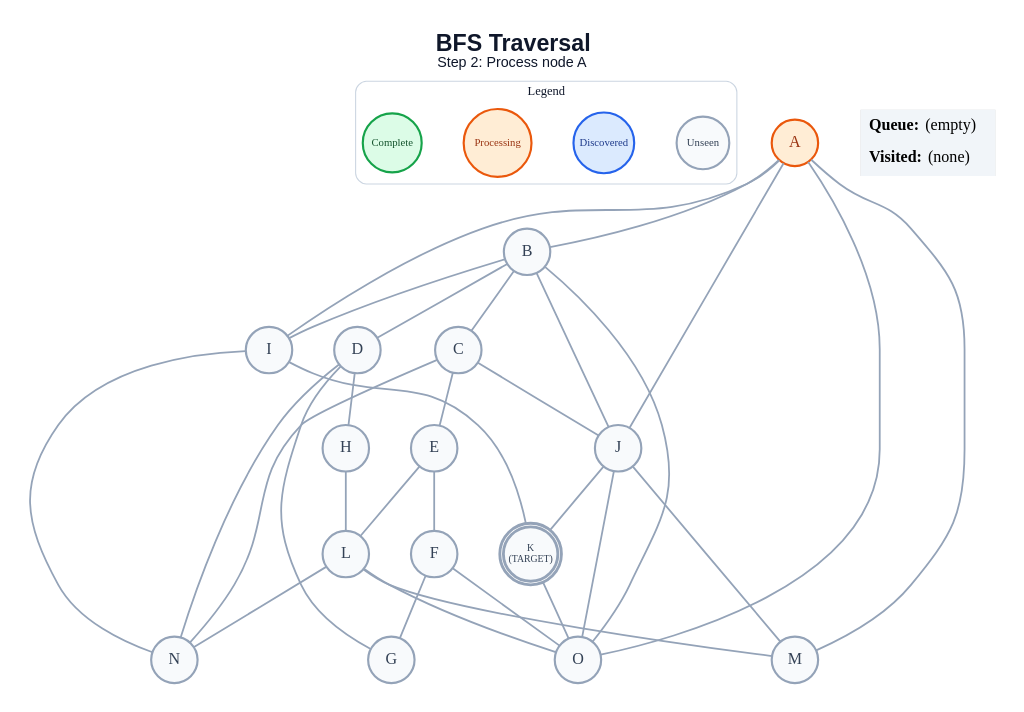
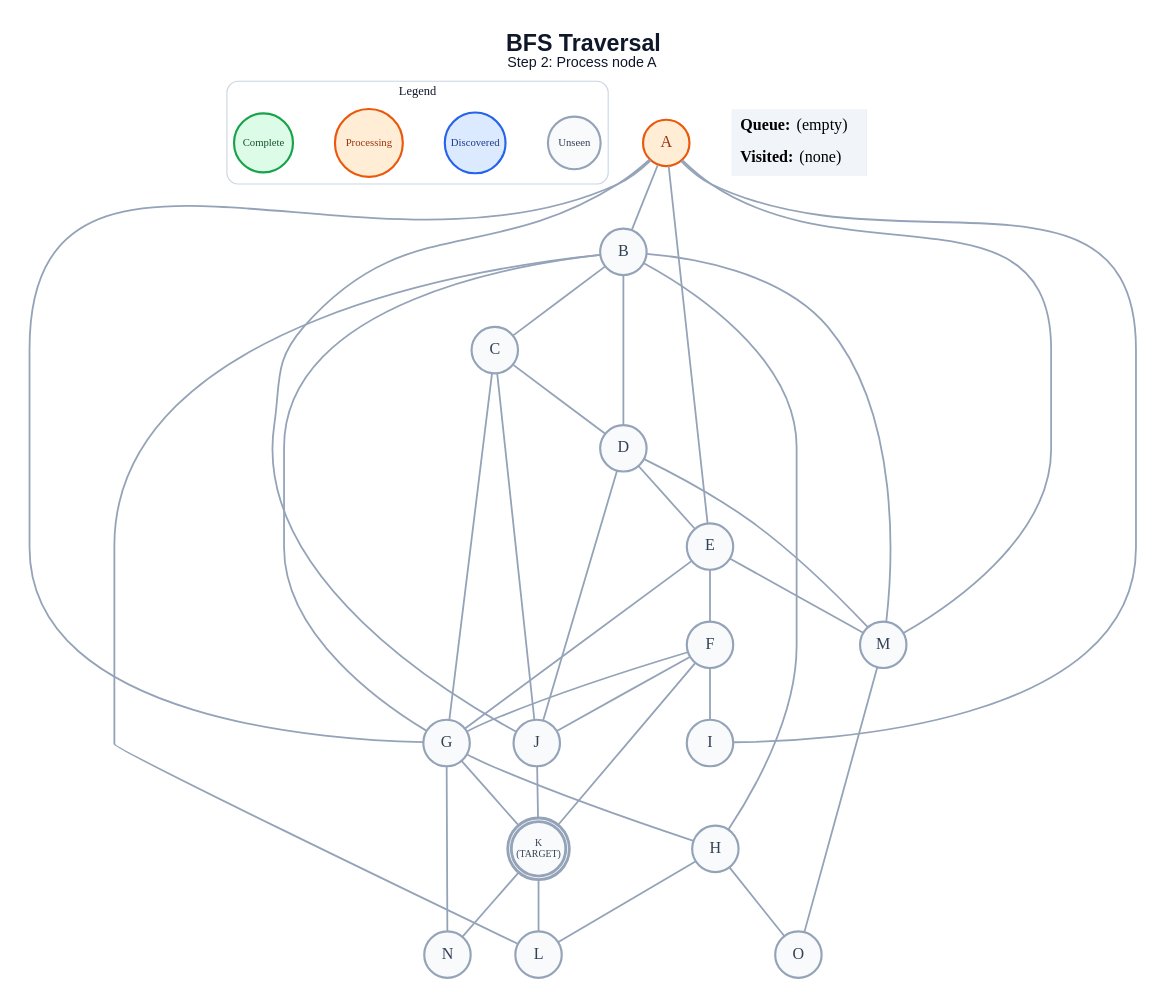
The diagram in generated/bfs/step_02.dot (anon7238593-create/ai-slop), drawn with Graphviz before and after one commit. The commit also changed 300 other files, not shown here.

```diff
--- a/generated/bfs/step_02.dot
+++ b/generated/bfs/step_02.dot
@@ -1,64 +1,68 @@
 graph traversal {
   graph [layout=dot, rankdir=TB, bgcolor="#FFFFFF", pad="0.35", nodesep="0.65", ranksep="0.8", fontname="Arial"];
   node [shape=circle, style="filled", fontname="Arial Bold", fontsize=18, width=0.72, fixedsize=true, penwidth=2.4];
   edge [color="#94A3B8", penwidth=2.0];
   label=<<B>BFS Traversal</B><BR/><FONT POINT-SIZE="16">Step 2: Process node A</FONT>>; labelloc="t"; fontsize=26; fontname="Arial"; fontcolor="#0F172A";
   subgraph cluster_legend { label="Legend"; color="#CBD5E1"; penwidth=1.2; style="rounded"; fontsize=14; fontname="Arial Bold";
     key_unseen [label="Unseen", fillcolor="#F8FAFC", color="#94A3B8", fontcolor="#334155", fontsize=12, width=0.82];
     key_frontier [label="Discovered", fillcolor="#DBEAFE", color="#2563EB", fontcolor="#1E3A8A", fontsize=12, width=0.95];
     key_current [label="Processing", fillcolor="#FFEDD5", color="#EA580C", fontcolor="#9A3412", fontsize=12, width=1.05];
     key_done [label="Complete", fillcolor="#DCFCE7", color="#16A34A", fontcolor="#14532D", fontsize=12, width=0.92];
     { rank=same; key_unseen; key_frontier; key_current; key_done; }
   }
   A [label="A", fillcolor="#FFEDD5", color="#EA580C", fontcolor="#9A3412", peripheries=1, penwidth=2.4];
   B [label="B", fillcolor="#F8FAFC", color="#94A3B8", fontcolor="#334155", peripheries=1, penwidth=2.4];
   C [label="C", fillcolor="#F8FAFC", color="#94A3B8", fontcolor="#334155", peripheries=1, penwidth=2.4];
   D [label="D", fillcolor="#F8FAFC", color="#94A3B8", fontcolor="#334155", peripheries=1, penwidth=2.4];
   E [label="E", fillcolor="#F8FAFC", color="#94A3B8", fontcolor="#334155", peripheries=1, penwidth=2.4];
   F [label="F", fillcolor="#F8FAFC", color="#94A3B8", fontcolor="#334155", peripheries=1, penwidth=2.4];
   G [label="G", fillcolor="#F8FAFC", color="#94A3B8", fontcolor="#334155", peripheries=1, penwidth=2.4];
   H [label="H", fillcolor="#F8FAFC", color="#94A3B8", fontcolor="#334155", peripheries=1, penwidth=2.4];
   I [label="I", fillcolor="#F8FAFC", color="#94A3B8", fontcolor="#334155", peripheries=1, penwidth=2.4];
   J [label="J", fillcolor="#F8FAFC", color="#94A3B8", fontcolor="#334155", peripheries=1, penwidth=2.4];
   K [label="K\n(TARGET)", fillcolor="#F8FAFC", color="#94A3B8", fontcolor="#334155", peripheries=2, penwidth=3.2, fontsize=11, width=0.85, height=0.85];
   L [label="L", fillcolor="#F8FAFC", color="#94A3B8", fontcolor="#334155", peripheries=1, penwidth=2.4];
   M [label="M", fillcolor="#F8FAFC", color="#94A3B8", fontcolor="#334155", peripheries=1, penwidth=2.4];
   N [label="N", fillcolor="#F8FAFC", color="#94A3B8", fontcolor="#334155", peripheries=1, penwidth=2.4];
   O [label="O", fillcolor="#F8FAFC", color="#94A3B8", fontcolor="#334155", peripheries=1, penwidth=2.4];
   A -- B;
+  A -- E;
+  A -- G;
   A -- I;
   A -- J;
   A -- M;
-  A -- O;
   B -- C;
   B -- D;
-  B -- I;
-  B -- J;
-  B -- O;
-  C -- E;
+  B -- G;
+  B -- H;
+  B -- L;
+  B -- M;
+  C -- D;
+  C -- G;
   C -- J;
-  C -- N;
-  D -- G;
-  D -- H;
-  D -- N;
+  D -- E;
+  D -- J;
+  D -- M;
   E -- F;
-  E -- L;
+  E -- G;
+  E -- M;
   F -- G;
-  F -- O;
+  F -- I;
+  F -- J;
+  F -- K;
+  G -- H;
+  G -- K;
+  G -- N;
   H -- L;
-  I -- K;
-  I -- N;
+  H -- O;
   J -- K;
-  J -- M;
-  J -- O;
-  K -- O;
-  L -- M;
-  L -- N;
-  L -- O;
+  K -- L;
+  K -- N;
+  M -- O;
   status [shape=plain, fixedsize=false, width=0, height=0, margin=0, label=<
     <TABLE BORDER="0" CELLBORDER="0" CELLPADDING="7" BGCOLOR="#F1F5F9">
       <TR><TD ALIGN="LEFT"><B>Queue:</B> (empty)</TD></TR>
       <TR><TD ALIGN="LEFT"><B>Visited:</B> (none)</TD></TR>
     </TABLE>
   >];
 }
```
